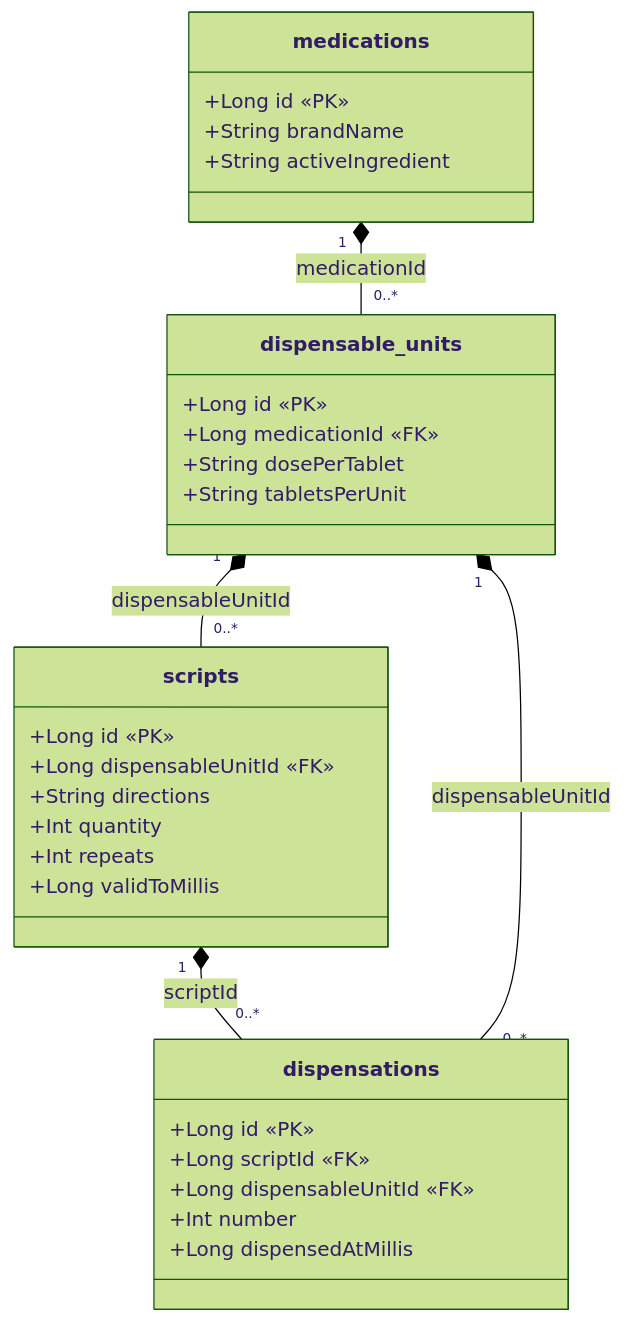
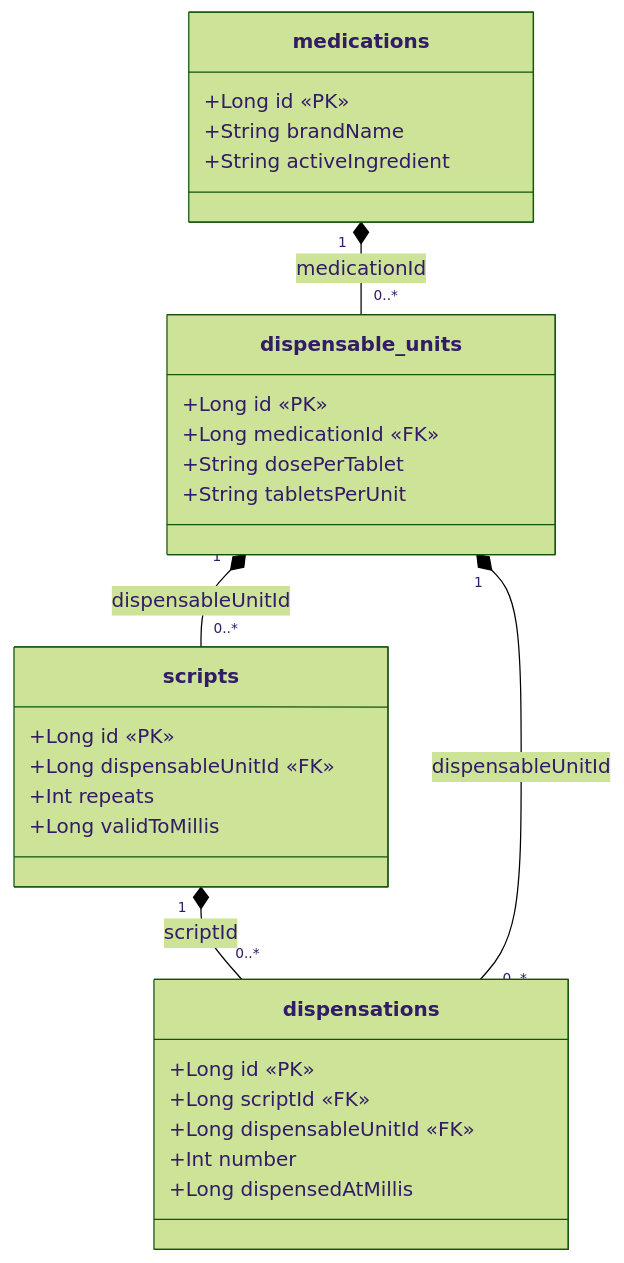
One commit to replicant1/aitoui changed the diagram in DATABASE_SCHEMA.md. Above: the diagram before and after it, drawn with Mermaid (forest theme). The commit also changed other lines of this file and 10 other files, not shown here.

First line of the commit message:
Remove directions and quantity columns from scripts table

````diff
--- a/DATABASE_SCHEMA.md
+++ b/DATABASE_SCHEMA.md
@@ -91,34 +89,32 @@
 ```mermaid
 classDiagram
     direction TB
     class medications {
         +Long id «PK»
         +String brandName
         +String activeIngredient
     }
     class dispensable_units {
         +Long id «PK»
         +Long medicationId «FK»
         +String dosePerTablet
         +String tabletsPerUnit
     }
     class scripts {
         +Long id «PK»
         +Long dispensableUnitId «FK»
-        +String directions
-        +Int quantity
         +Int repeats
         +Long validToMillis
     }
     class dispensations {
         +Long id «PK»
         +Long scriptId «FK»
         +Long dispensableUnitId «FK»
         +Int number
         +Long dispensedAtMillis
     }
     medications "1" *-- "0..*" dispensable_units : medicationId
     dispensable_units "1" *-- "0..*" scripts : dispensableUnitId
     scripts "1" *-- "0..*" dispensations : scriptId
     dispensable_units "1" *-- "0..*" dispensations : dispensableUnitId
 ```
````
